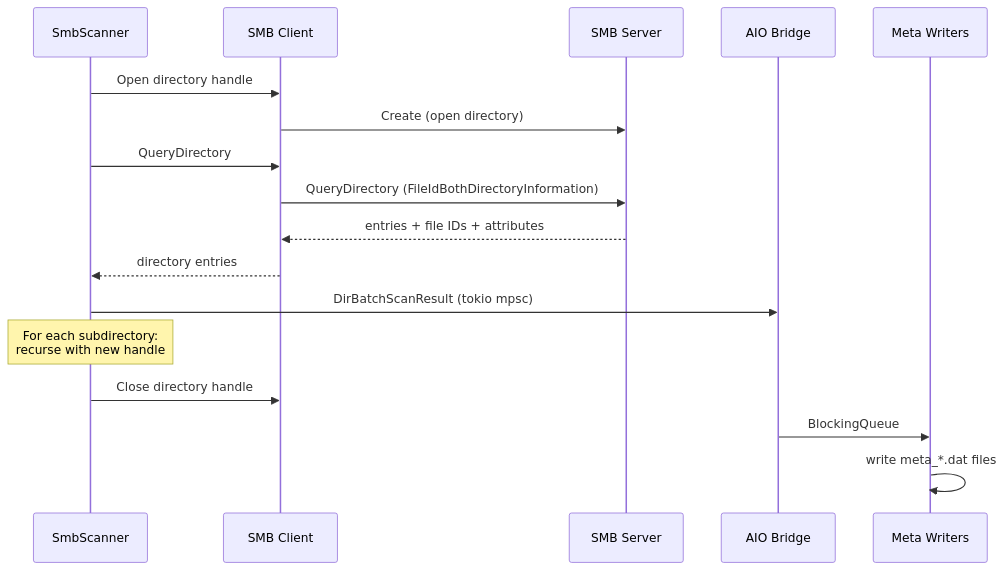
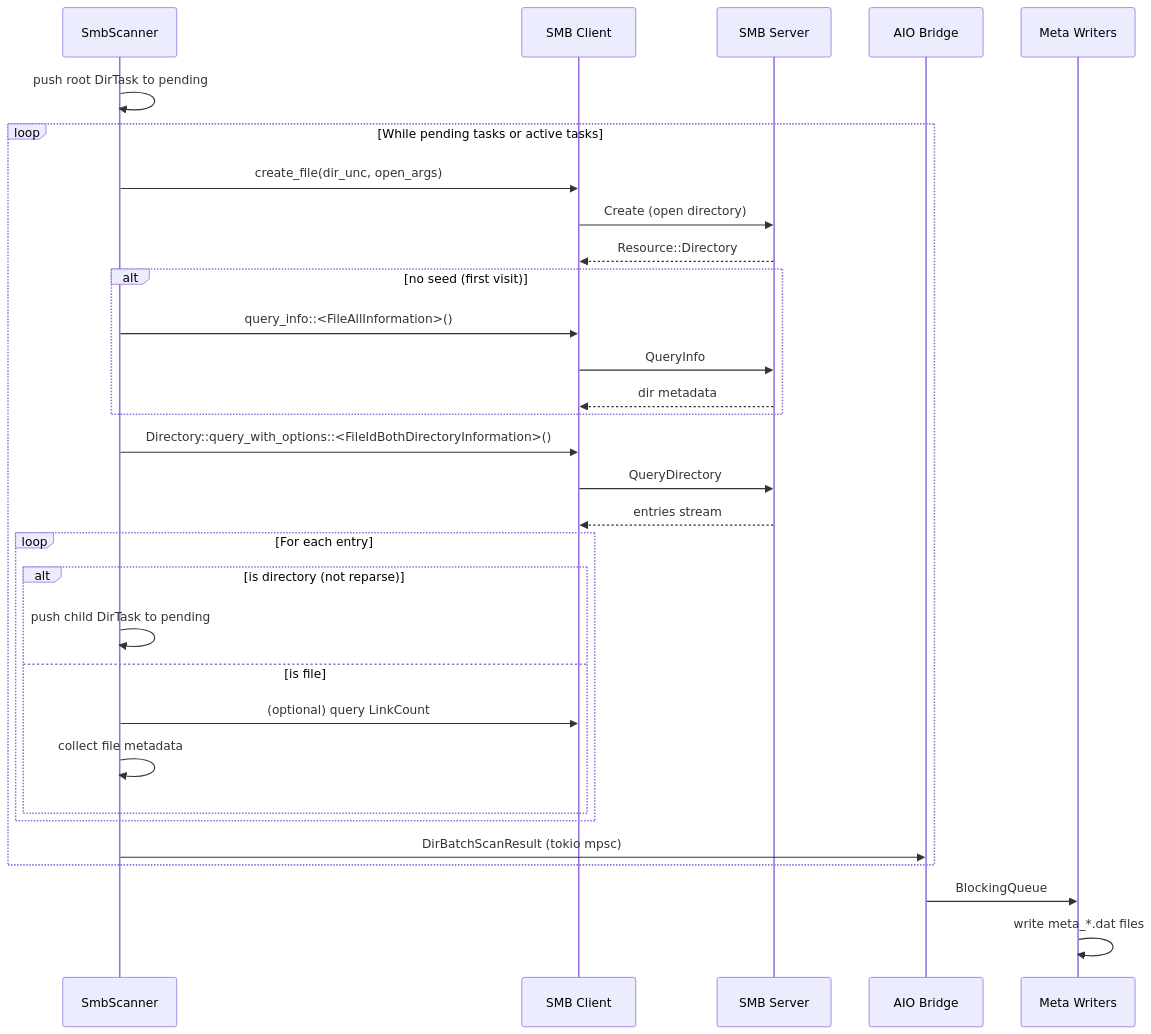
The second of 3 diagrams in wiki/docs/transports/smb.md (XUranus/fpt-rs), drawn with Mermaid before and after one commit. The commit also changed other lines of this file and 60 other files, not shown here.

First line of the commit message:
Enhance wiki: code snippets, mermaid diagrams, i18n zh-CN support

````diff
--- a/wiki/docs/transports/smb.md
+++ b/wiki/docs/transports/smb.md
@@ -115,22 +186,40 @@
 ```mermaid
 sequenceDiagram
     participant Scanner as SmbScanner
     participant Client as SMB Client
     participant Server as SMB Server
     participant Bridge as AIO Bridge
     participant Writers as Meta Writers
 
-    Scanner->>Client: Open directory handle
-    Client->>Server: Create (open directory)
-    Scanner->>Client: QueryDirectory
-    Client->>Server: QueryDirectory (FileIdBothDirectoryInformation)
-    Server-->>Client: entries + file IDs + attributes
-    Client-->>Scanner: directory entries
-    Scanner->>Bridge: DirBatchScanResult (tokio mpsc)
+    Scanner->>Scanner: push root DirTask to pending
 
-    Note over Scanner: For each subdirectory:<br/>recurse with new handle
+    loop While pending tasks or active tasks
+        Scanner->>Client: create_file(dir_unc, open_args)
+        Client->>Server: Create (open directory)
+        Server-->>Client: Resource::Directory
 
-    Scanner->>Client: Close directory handle
+        alt no seed (first visit)
+            Scanner->>Client: query_info::<FileAllInformation>()
+            Client->>Server: QueryInfo
+            Server-->>Client: dir metadata
+        end
+
+        Scanner->>Client: Directory::query_with_options::<FileIdBothDirectoryInformation>()
+        Client->>Server: QueryDirectory
+        Server-->>Client: entries stream
+
+        loop For each entry
+            alt is directory (not reparse)
+                Scanner->>Scanner: push child DirTask to pending
+            else is file
+                Scanner->>Client: (optional) query LinkCount
+                Scanner->>Scanner: collect file metadata
+            end
+        end
+
+        Scanner->>Bridge: DirBatchScanResult (tokio mpsc)
+    end
+
     Bridge->>Writers: BlockingQueue
     Writers->>Writers: write meta_*.dat files
 ```
````
